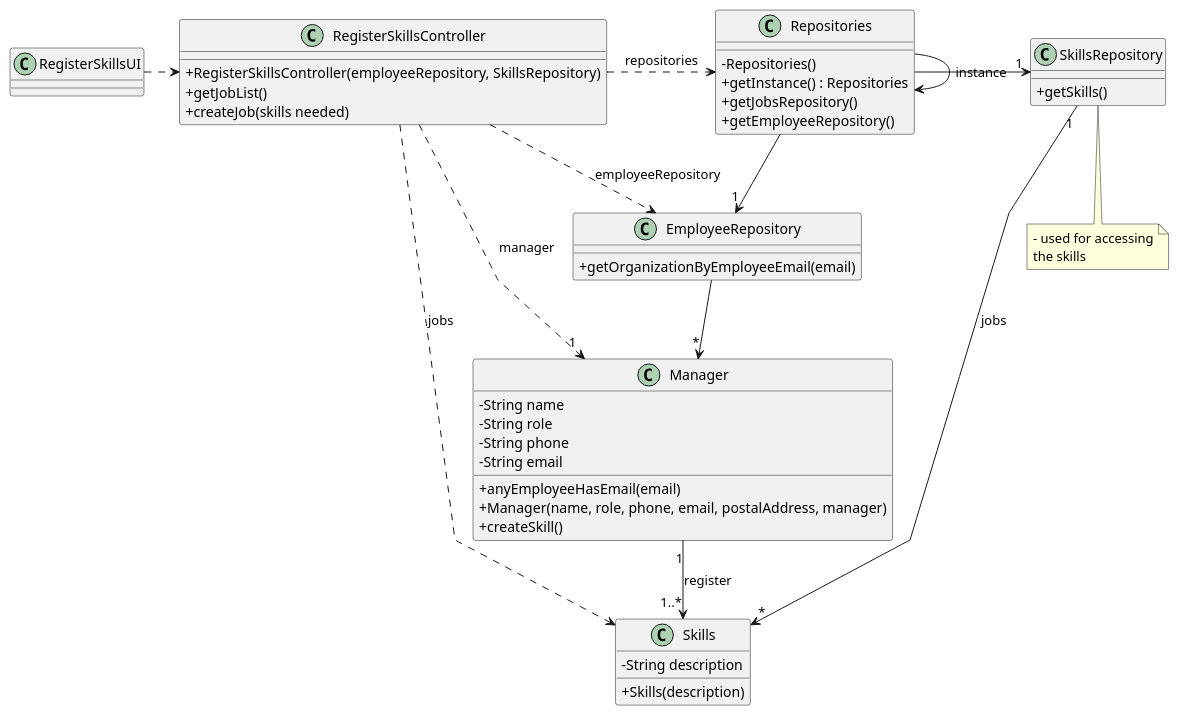
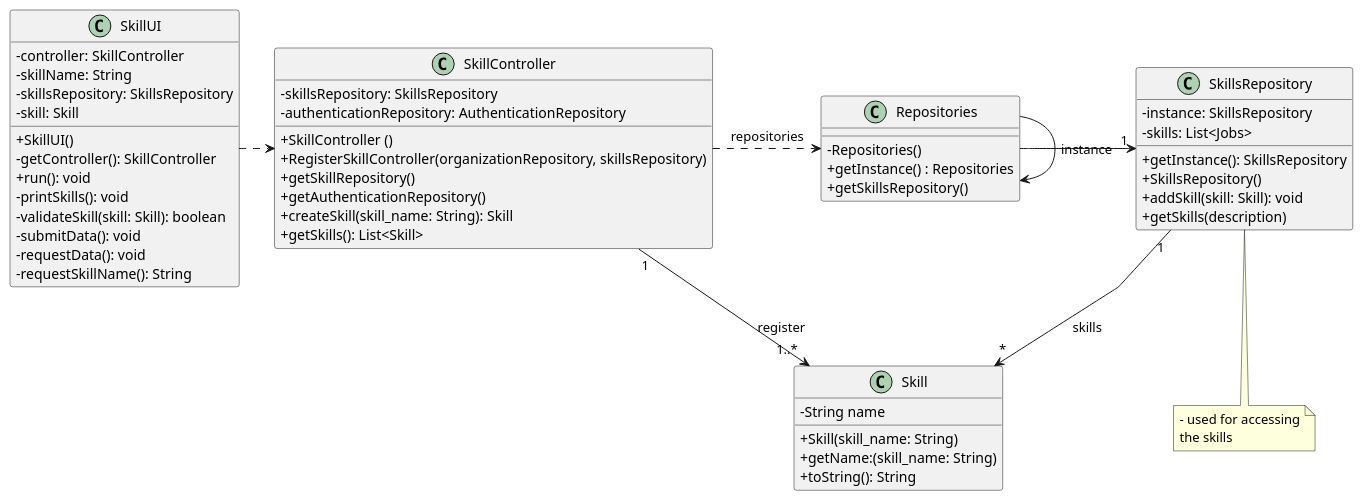
Before and after one commit to Departamento-de-Engenharia-Informatica/lei-24-s2-1df-1de-g063: the diagram in docs/sprintB/us001/03.design/puml/us01-class-diagram.puml, drawn with PlantUML. The commit also changed 8 other files, not shown here.

Commit message:
Class Diagram from US01 and US02

```diff
--- a/docs/sprintB/us001/03.design/puml/us01-class-diagram.puml
+++ b/docs/sprintB/us001/03.design/puml/us01-class-diagram.puml
@@ -1,78 +1,84 @@
 @startuml
 'skinparam monochrome true
 skinparam packageStyle rectangle
 skinparam shadowing false
 skinparam linetype polyline
 'skinparam linetype orto
 
 skinparam classAttributeIconSize 0
 
 'left to right direction
 
-class Skills {
-    - String description
+class Skill {
+    - String name
 
-    + Skills(description)
-}
-
-class Manager {
-    - String name
-    - String role
-    - String phone
-    - String email
-
-    + anyEmployeeHasEmail(email)
-    + Manager(name, role, phone, email, postalAddress, manager)
-    + createSkill()
+    + Skill(skill_name: String)
+    + getName:(skill_name: String)
+    + toString(): String
 }
 
 class SkillsRepository {
-    + getSkills()
+
+    - instance: SkillsRepository
+    - skills: List<Jobs>
+    + getInstance(): SkillsRepository
+    + SkillsRepository()
+    + addSkill(skill: Skill): void
+    + getSkills(description)
+
 }
 
-class EmployeeRepository {
-    + getOrganizationByEmployeeEmail(email)
-}
 
 class Repositories {
     - Repositories()
     + getInstance() : Repositories
-    + getJobsRepository()
-    + getEmployeeRepository()
+    + getSkillsRepository()
 }
 
-class RegisterSkillsController {
-    + RegisterSkillsController(employeeRepository, SkillsRepository)
-    + getJobList()
-    + createJob(skills needed)
+class SkillController {
+    - skillsRepository: SkillsRepository
+    - authenticationRepository: AuthenticationRepository
+
+    +SkillController ()
+    + RegisterSkillController(organizationRepository, skillsRepository)
+    + getSkillRepository()
+    + getAuthenticationRepository()
+    + createSkill(skill_name: String): Skill
+    + getSkills(): List<Skill>
 }
 
 note bottom of SkillsRepository
     - used for accessing
     the skills
 end note
 
-class RegisterSkillsUI {
+class SkillUI {
+    -controller: SkillController
+    -skillName: String
+    -skillsRepository: SkillsRepository
+    -skill: Skill
+
+    +SkillUI()
+    -getController(): SkillController
+    +run(): void
+    -printSkills(): void
+    -validateSkill(skill: Skill): boolean
+    -submitData(): void
+    -requestData(): void
+    -requestSkillName(): String
 }
 
 Repositories -> Repositories : instance
 
-RegisterSkillsUI .> RegisterSkillsController
+SkillUI .> SkillController
 
-RegisterSkillsController .> Repositories : repositories
+SkillController .> Repositories : repositories
 
 Repositories -> "1" SkillsRepository
 
-RegisterSkillsController ..> Skills : jobs
-RegisterSkillsController ..> EmployeeRepository : employeeRepository
 
 
-Repositories --> "1" EmployeeRepository
-
-EmployeeRepository --> "*" Manager
-
-RegisterSkillsController ..> "1" Manager : manager
-SkillsRepository "1" --> "*" Skills : jobs
-Manager "1" --> "1..*" Skills : register
+SkillsRepository "1" --> "*" Skill : skills
+SkillController "1" --> "1..*" Skill : register
 
 @enduml
```
